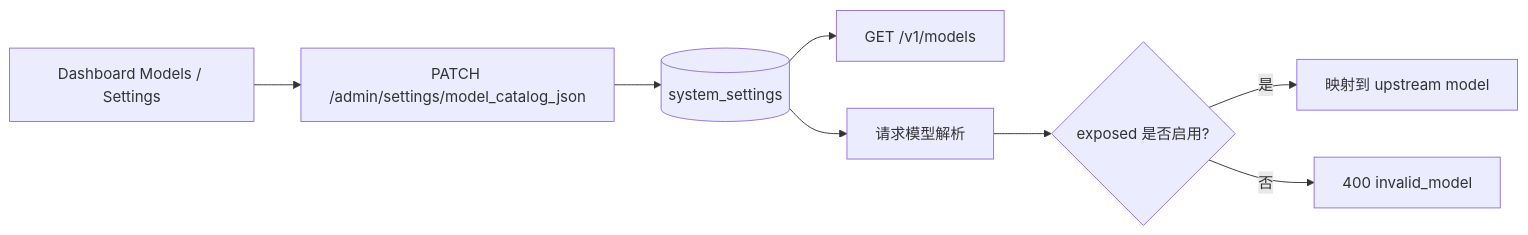
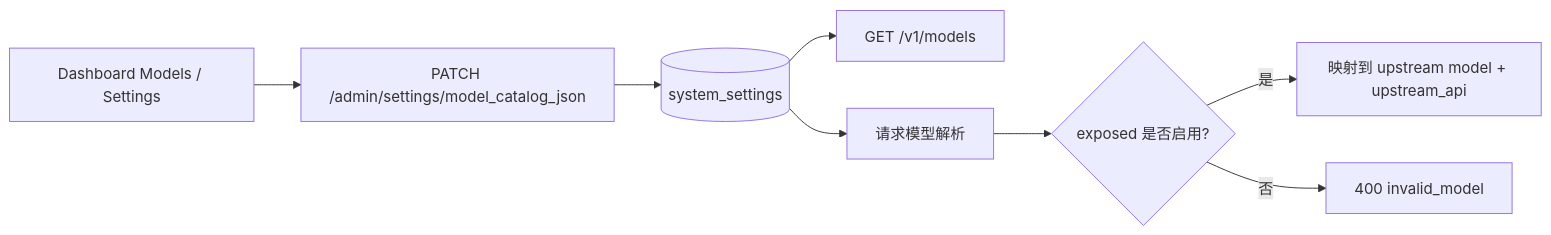
One commit to pczhao1210/ghcp-pool-proxy changed the seventh of 10 diagrams in docs/operations.zh.md. Above: the diagram before and after it, drawn with Mermaid. The commit also changed other lines of this file and 11 other files, not shown here.

````diff
--- a/docs/operations.zh.md
+++ b/docs/operations.zh.md
@@ -283,10 +289,10 @@
 ```mermaid
 flowchart LR
   A["Dashboard Models / Settings"] --> B["PATCH /admin/settings/model_catalog_json"]
   B --> C[(system_settings)]
   C --> D["GET /v1/models"]
   C --> E["请求模型解析"]
   E --> F{"exposed 是否启用?"}
-  F -->|"是"| G["映射到 upstream model"]
+  F -->|"是"| G["映射到 upstream model + upstream_api"]
   F -->|"否"| H["400 invalid_model"]
 ```
````
